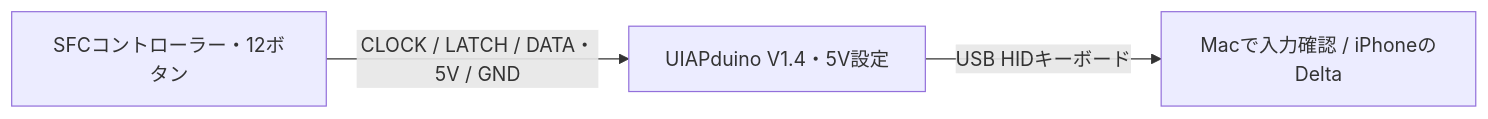
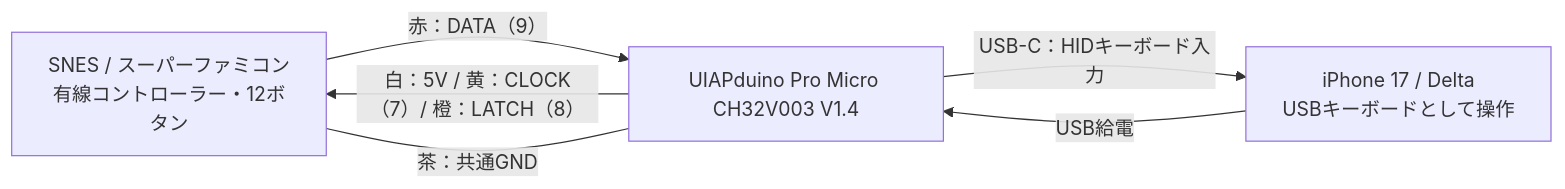
The diagram in README.md (otitbridge/snes-controller-uiapduino), drawn with Mermaid before and after one commit. The commit also changed other lines of this file, not shown here.

Commit message:
docs: add hardware diagram, board price and validation status

````diff
--- a/README.md
+++ b/README.md
@@ -16,5 +23,12 @@
 ```mermaid
 flowchart LR
-    SFC["SFCコントローラー・12ボタン"] -->|"CLOCK / LATCH / DATA・5V / GND"| MCU["UIAPduino V1.4・5V設定"]
-    MCU -->|"USB HIDキーボード"| Host["Macで入力確認 / iPhoneのDelta"]
+    Controller["SNES / スーパーファミコン<br/>有線コントローラー・12ボタン"]
+    Board["UIAPduino Pro Micro CH32V003 V1.4"]
+    Delta["iPhone 17 / Delta<br/>USBキーボードとして操作"]
+
+    Board -->|"白：5V / 黄：CLOCK（7）/ 橙：LATCH（8）"| Controller
+    Controller -->|"赤：DATA（9）"| Board
+    Board ---|"茶：共通GND"| Controller
+    Board -->|"USB-C：HIDキーボード入力"| Delta
+    Delta -->|"USB給電"| Board
 ```
````
